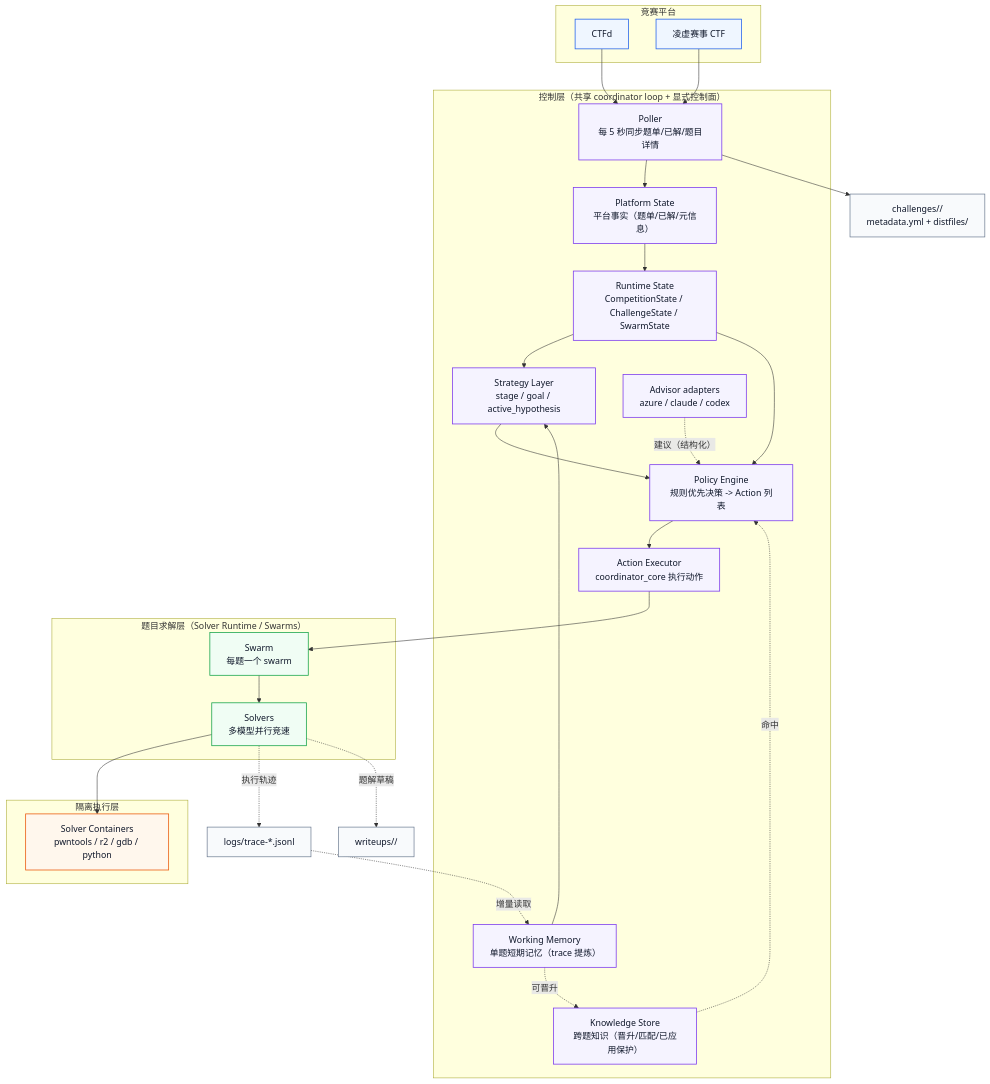
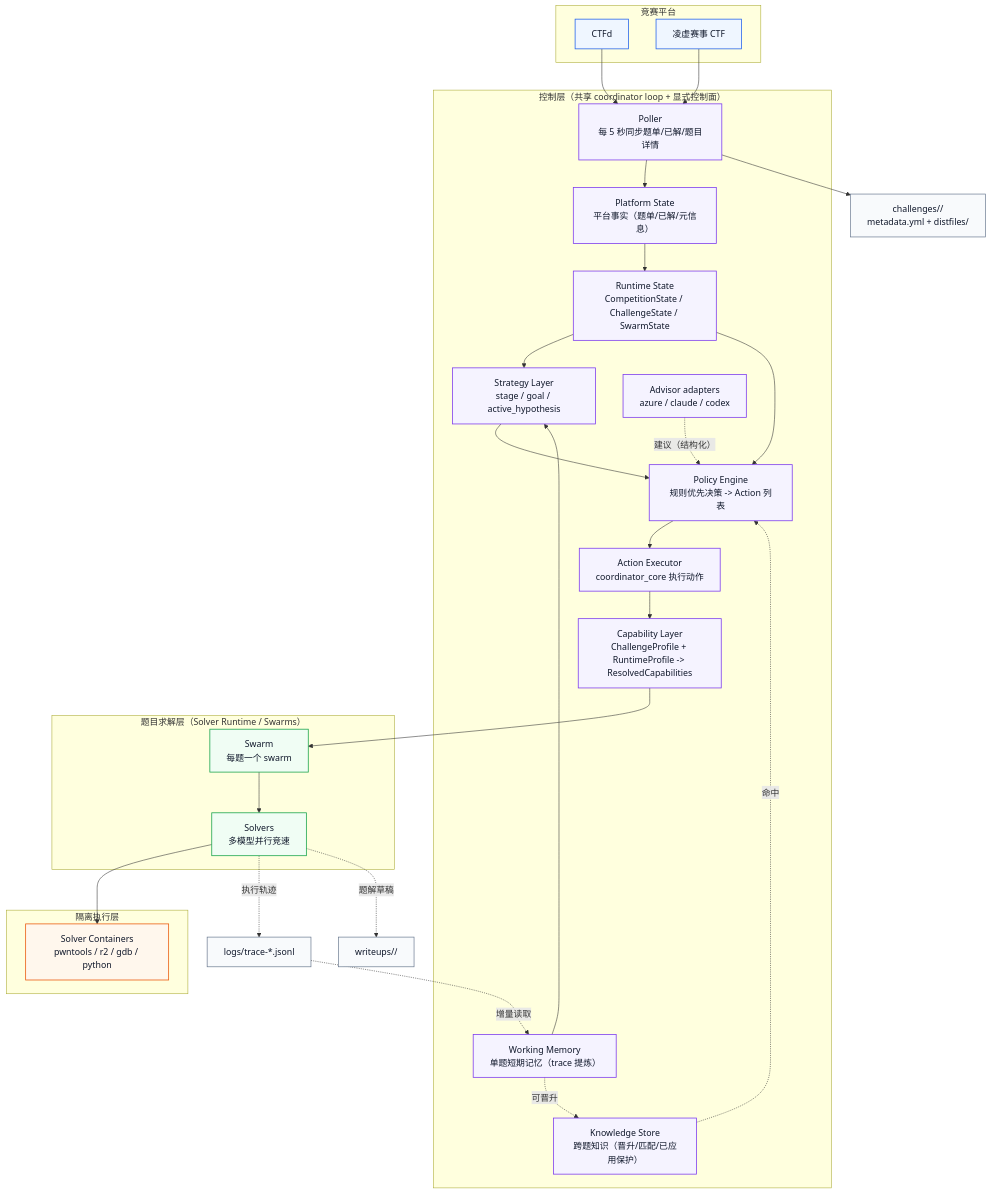
Before and after one commit to D1a0y1bb/HuntingBlade: the diagram in README.md, drawn with Mermaid. The commit also changed other lines of this file and 9 other files, not shown here.

Commit message:
refactor: 完成 capability layer 收尾

````diff
--- a/README.md
+++ b/README.md
@@ -59,58 +60,60 @@
 ```mermaid
 flowchart TB
     classDef platform fill:#eff6ff,stroke:#2563eb,stroke-width:1.4px,color:#0f172a;
     classDef control fill:#f5f3ff,stroke:#7c3aed,stroke-width:1.4px,color:#0f172a;
     classDef swarm fill:#f0fdf4,stroke:#16a34a,stroke-width:1.4px,color:#0f172a;
     classDef sandbox fill:#fff7ed,stroke:#ea580c,stroke-width:1.4px,color:#0f172a;
     classDef artifact fill:#f8fafc,stroke:#64748b,stroke-width:1.2px,color:#0f172a;
 
     subgraph Platforms["竞赛平台"]
         CTFD["CTFd"]:::platform
         LX["凌虚赛事 CTF"]:::platform
     end
 
     subgraph Control["控制层（共享 coordinator loop + 显式控制面）"]
         Poller["Poller<br/>每 5 秒同步题单/已解/题目详情"]:::control
         PState["Platform State<br/>平台事实（题单/已解/元信息）"]:::control
         RState["Runtime State<br/>CompetitionState / ChallengeState / SwarmState"]:::control
         WM["Working Memory<br/>单题短期记忆（trace 提炼）"]:::control
         SL["Strategy Layer<br/>stage / goal / active_hypothesis"]:::control
         KS["Knowledge Store<br/>跨题知识（晋升/匹配/已应用保护）"]:::control
         PE["Policy Engine<br/>规则优先决策 -> Action 列表"]:::control
         AE["Action Executor<br/>coordinator_core 执行动作"]:::control
+        CL["Capability Layer<br/>ChallengeProfile + RuntimeProfile -> ResolvedCapabilities"]:::control
         Advisors["Advisor adapters<br/>azure / claude / codex"]:::control
     end
 
     subgraph Swarms["题目求解层（Solver Runtime / Swarms）"]
         S1["Swarm<br/>每题一个 swarm"]:::swarm
         Solvers["Solvers<br/>多模型并行竞速"]:::swarm
     end
 
     subgraph Sandboxes["隔离执行层"]
         Boxes["Solver Containers<br/>pwntools / r2 / gdb / python"]:::sandbox
     end
 
     ChallengeDir["challenges/<slug>/<br/>metadata.yml + distfiles/"]:::artifact
     Logs["logs/trace-*.jsonl"]:::artifact
     Writeups["writeups/<platform-event>/"]:::artifact
 
     CTFD --> Poller
     LX --> Poller
     Poller --> PState
     Poller --> ChallengeDir
     PState --> RState
     Logs -.增量读取.-> WM
     WM --> SL
     RState --> SL
     SL --> PE
     WM -.可晋升.-> KS
     KS -.命中.-> PE
     RState --> PE
     PE --> AE
     Advisors -.建议（结构化）.-> PE
-    AE --> S1
+    AE --> CL
+    CL --> S1
     S1 --> Solvers
     Solvers --> Boxes
     Solvers -.执行轨迹.-> Logs
     Solvers -.题解草稿.-> Writeups
 ```
````
